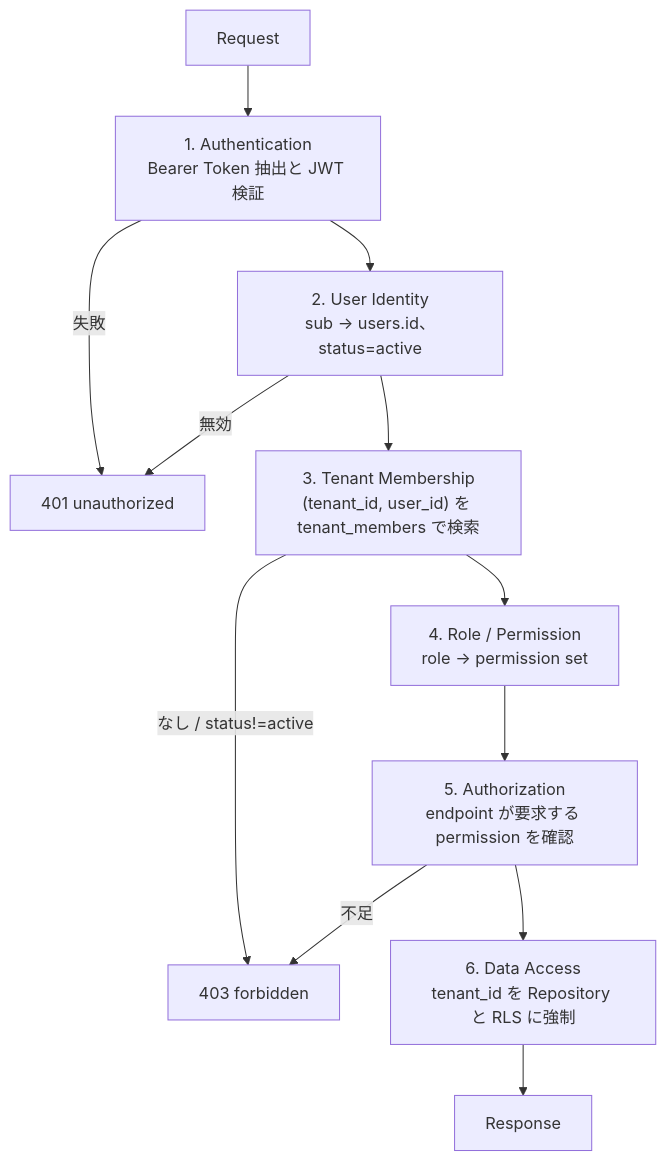
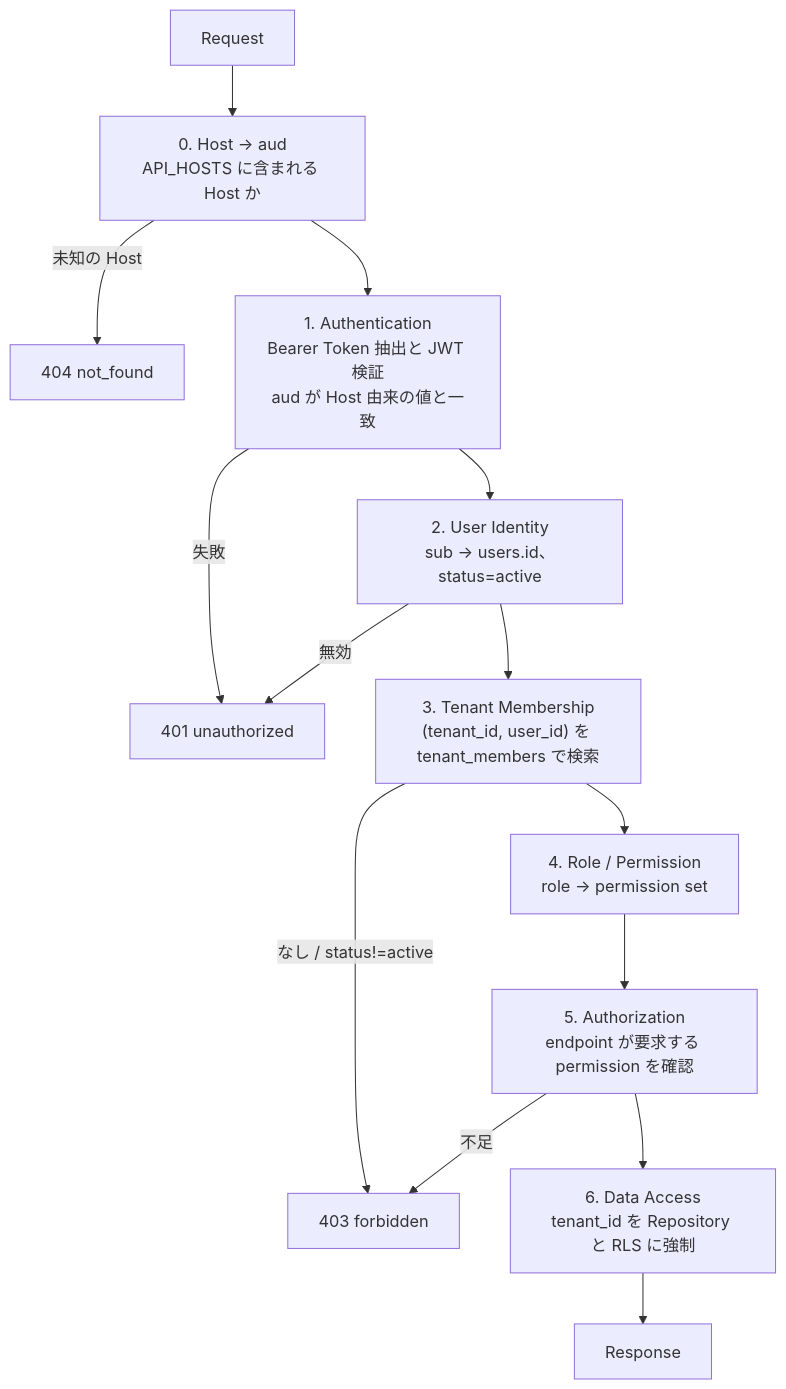
One commit to daisuke-tanabe/multi-domain-sandbox changed the diagram in docs/design/07-api-auth-design.md. Above: the diagram before and after it, drawn with Mermaid. The commit also changed other lines of this file and 62 other files, not shown here.

````diff
--- a/docs/design/07-api-auth-design.md
+++ b/docs/design/07-api-auth-design.md
@@ -13,14 +14,16 @@
 ```mermaid
 flowchart TD
-    A["Request"] --> B["1. Authentication<br/>Bearer Token 抽出と JWT 検証"]
+    A["Request"] --> A0["0. Host → aud<br/>API_HOSTS に含まれる Host か"]
+    A0 -- 未知の Host --> E0["404 not_found"]
+    A0 --> B["1. Authentication<br/>Bearer Token 抽出と JWT 検証<br/>aud が Host 由来の値と一致"]
     B -- 失敗 --> E1["401 unauthorized"]
     B --> C["2. User Identity<br/>sub → users.id、status=active"]
     C -- 無効 --> E1
     C --> D["3. Tenant Membership<br/>(tenant_id, user_id) を tenant_members で検索"]
     D -- なし / status!=active --> E2["403 forbidden"]
     D --> F["4. Role / Permission<br/>role → permission set"]
     F --> G["5. Authorization<br/>endpoint が要求する permission を確認"]
     G -- 不足 --> E2
     G --> H["6. Data Access<br/>tenant_id を Repository と RLS に強制"]
     H --> I["Response"]
 ```
````
